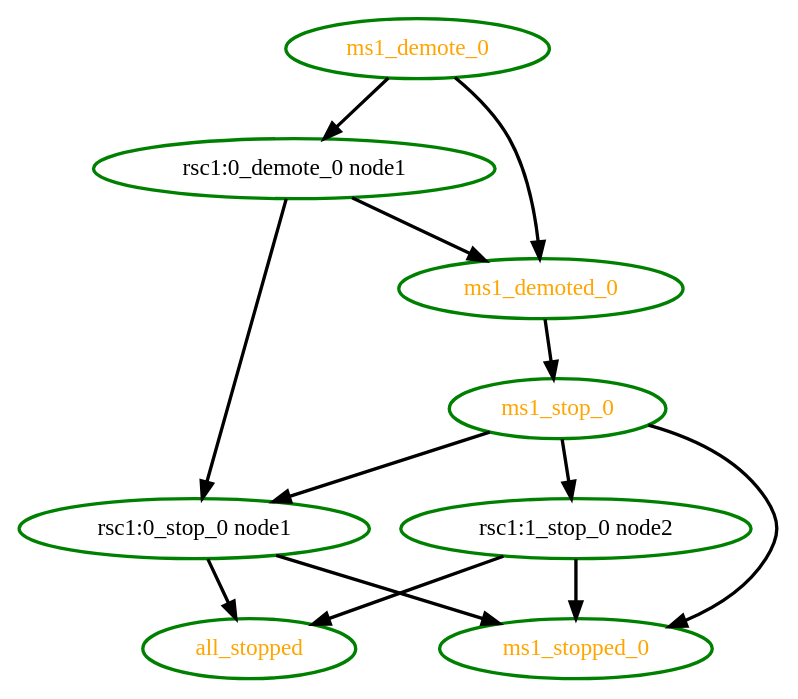
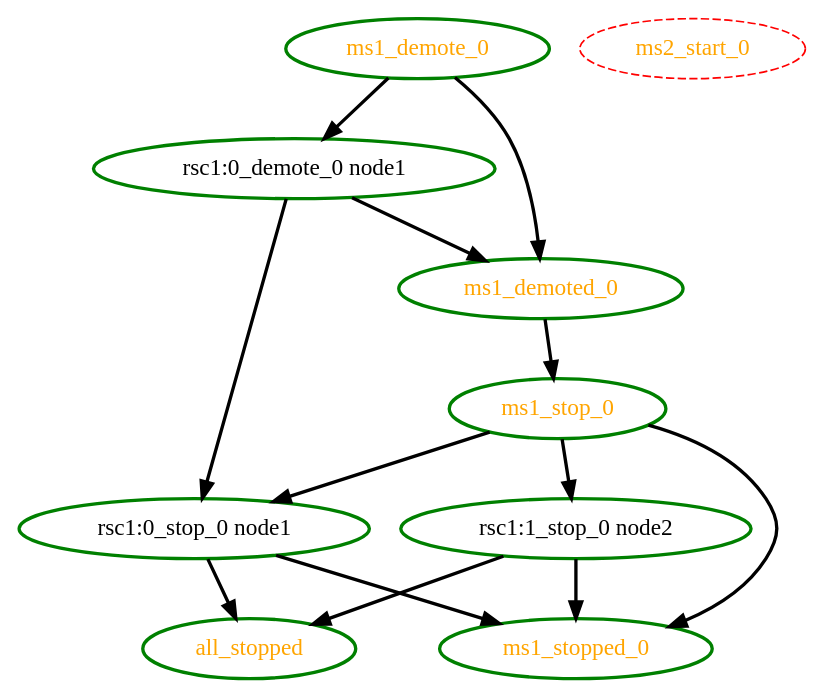
The diagram in pengine/test10/master-asymmetrical-order.dot (ClusterLabs/pacemaker), drawn with Graphviz before and after one commit. The commit also changed 2 other files, not shown here.

```diff
--- a/pengine/test10/master-asymmetrical-order.dot
+++ b/pengine/test10/master-asymmetrical-order.dot
@@ -1,22 +1,23 @@
 digraph "g" {
 "all_stopped" [ style=bold color="green" fontcolor="orange"]
 "ms1_demote_0" -> "ms1_demoted_0" [ style = bold]
 "ms1_demote_0" -> "rsc1:0_demote_0 node1" [ style = bold]
 "ms1_demote_0" [ style=bold color="green" fontcolor="orange"]
 "ms1_demoted_0" -> "ms1_stop_0" [ style = bold]
 "ms1_demoted_0" [ style=bold color="green" fontcolor="orange"]
 "ms1_stop_0" -> "ms1_stopped_0" [ style = bold]
 "ms1_stop_0" -> "rsc1:0_stop_0 node1" [ style = bold]
 "ms1_stop_0" -> "rsc1:1_stop_0 node2" [ style = bold]
 "ms1_stop_0" [ style=bold color="green" fontcolor="orange"]
 "ms1_stopped_0" [ style=bold color="green" fontcolor="orange"]
+"ms2_start_0" [ style=dashed color="red" fontcolor="orange"]
 "rsc1:0_demote_0 node1" -> "ms1_demoted_0" [ style = bold]
 "rsc1:0_demote_0 node1" -> "rsc1:0_stop_0 node1" [ style = bold]
 "rsc1:0_demote_0 node1" [ style=bold color="green" fontcolor="black"]
 "rsc1:0_stop_0 node1" -> "all_stopped" [ style = bold]
 "rsc1:0_stop_0 node1" -> "ms1_stopped_0" [ style = bold]
 "rsc1:0_stop_0 node1" [ style=bold color="green" fontcolor="black"]
 "rsc1:1_stop_0 node2" -> "all_stopped" [ style = bold]
 "rsc1:1_stop_0 node2" -> "ms1_stopped_0" [ style = bold]
 "rsc1:1_stop_0 node2" [ style=bold color="green" fontcolor="black"]
 }
```
